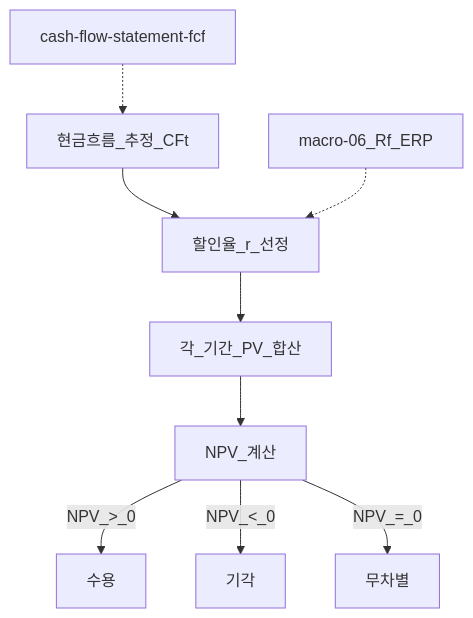
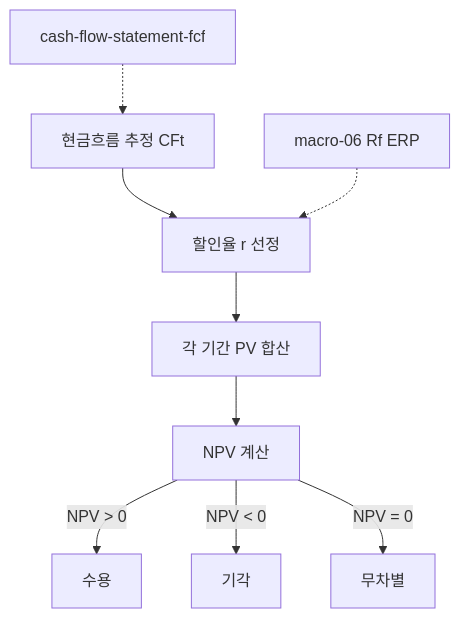
The first of 3 diagrams in 01-foundations/time-value-npv-irr.md (goldanghenry/Finances), drawn with Mermaid before and after one commit. The commit also changed other lines of this file and 211 other files, not shown here.

````diff
--- a/01-foundations/time-value-npv-irr.md
+++ b/01-foundations/time-value-npv-irr.md
@@ -132,11 +137,11 @@
 ```mermaid
 flowchart TD
-  CF[현금흐름_추정_CFt] --> R[할인율_r_선정]
-  R --> PV[각_기간_PV_합산]
-  PV --> NPV[NPV_계산]
-  NPV -->|NPV_>_0| Accept[수용]
-  NPV -->|NPV_<_0| Reject[기각]
-  NPV -->|NPV_=_0| Indiff[무차별]
-  Macro[macro-06_Rf_ERP] -.-> R
+  CF["현금흐름 추정 CFt"] --> R["할인율 r 선정"]
+  R --> PV["각 기간 PV 합산"]
+  PV --> NPV["NPV 계산"]
+  NPV -->|"NPV > 0"| Accept[수용]
+  NPV -->|"NPV < 0"| Reject[기각]
+  NPV -->|"NPV = 0"| Indiff[무차별]
+  Macro["macro-06 Rf ERP"] -.-> R
   FCFdoc[cash-flow-statement-fcf] -.-> CF
 ```
````
